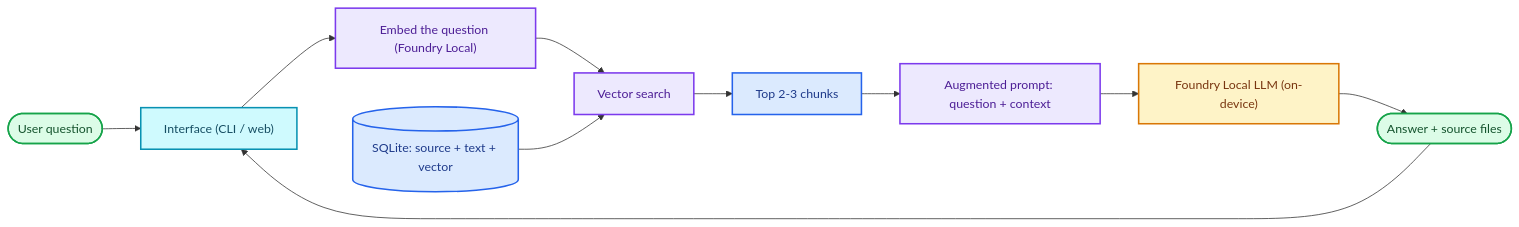
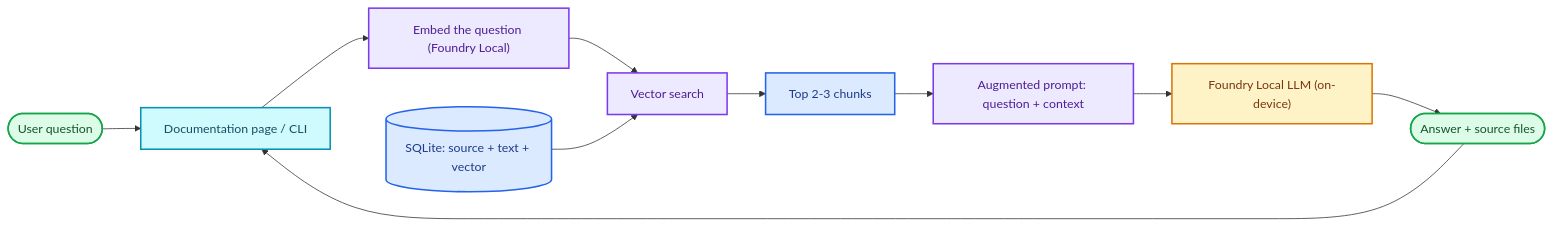
One commit to bilgenurpala/local-rag-assistant changed the second of 2 diagrams in docs/architecture.md. Above: the diagram before and after it, drawn with Mermaid. The commit also changed other lines of this file and 8 other files, not shown here.

Commit message:
feat: add Foundry Local documentation web app

````diff
--- a/docs/architecture.md
+++ b/docs/architecture.md
@@ -70,23 +70,23 @@
 ```mermaid
 flowchart LR
-    U(["User question"]) --> UI["Interface (CLI / web)"]
+    U(["User question"]) --> UI["Documentation page / CLI"]
     UI --> QE["Embed the question (Foundry Local)"]
     QE --> VS["Vector search"]
     DB[("SQLite: source + text + vector")] --> VS
     VS --> TK["Top 2-3 chunks"]
     TK --> AP["Augmented prompt: question + context"]
     AP --> LLM["Foundry Local LLM (on-device)"]
     LLM --> ANS(["Answer + source files"])
     ANS --> UI
 
     classDef io fill:#dcfce7,stroke:#16a34a,stroke-width:2px,color:#14532d
     classDef ui fill:#cffafe,stroke:#0891b2,stroke-width:2px,color:#164e63
     classDef process fill:#ede9fe,stroke:#7c3aed,stroke-width:2px,color:#4c1d95
     classDef store fill:#dbeafe,stroke:#2563eb,stroke-width:2px,color:#1e3a8a
     classDef model fill:#fef3c7,stroke:#d97706,stroke-width:2px,color:#78350f
     class U,ANS io
     class UI ui
     class QE,VS,AP process
     class DB,TK store
     class LLM model
 ```
````
